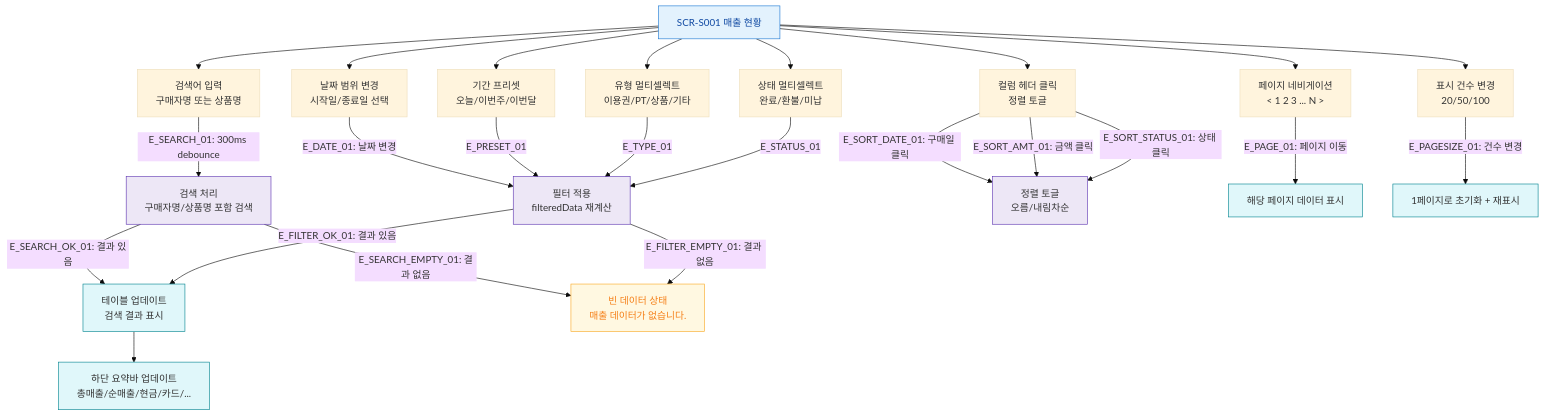
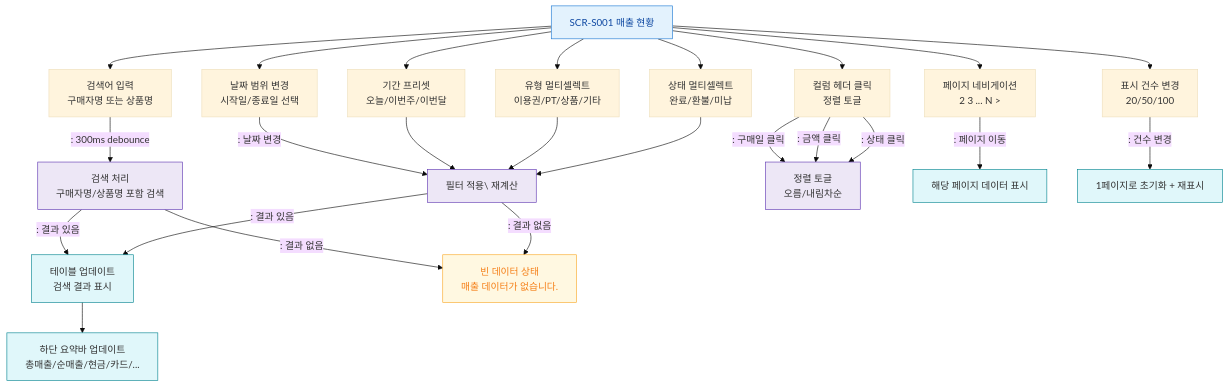
Before and after one commit to dev-spogym/admin-pando: the diagram in docs/다이어그램/D03_매출관리/SCR-S001_매출현황/F4_필터검색.md, drawn with Mermaid (base theme). The commit also changed other lines of this file and 1660 other files, not shown here.

First line of the commit message:
다이어그램: 기획자/클라이언트 납품본으로 정리

````diff
--- a/docs/다이어그램/D03_매출관리/SCR-S001_매출현황/F4_필터검색.md
+++ b/docs/다이어그램/D03_매출관리/SCR-S001_매출현황/F4_필터검색.md
@@ -20,44 +18,44 @@
 ```mermaid
 flowchart TD
     S001[SCR-S001 매출 현황]
 
     S001 --> FILTER_DATE[날짜 범위 변경\n시작일/종료일 선택]
     S001 --> FILTER_PRESET[기간 프리셋\n오늘/이번주/이번달]
     S001 --> FILTER_TYPE[유형 멀티셀렉트\n이용권/PT/상품/기타]
     S001 --> FILTER_STATUS[상태 멀티셀렉트\n완료/환불/미납]
     S001 --> SEARCH_INPUT[검색어 입력\n구매자명 또는 상품명]
     S001 --> SORT_COL[컬럼 헤더 클릭\n정렬 토글]
-    S001 --> PAGE_NAV[페이지 네비게이션\n< 1 2 3 ... N >]
+    S001 --> PAGE_NAV[페이지 네비게이션\n 2 3 ... N >]
     S001 --> PAGE_SIZE[표시 건수 변경\n20/50/100]
 
-    FILTER_DATE -->|"E_DATE_01: 날짜 변경"| APPLY_FILTER[필터 적용\nfilteredData 재계산]
-    FILTER_PRESET -->|E_PRESET_01| APPLY_FILTER
-    FILTER_TYPE -->|E_TYPE_01| APPLY_FILTER
-    FILTER_STATUS -->|E_STATUS_01| APPLY_FILTER
+    FILTER_DATE -->|": 날짜 변경"|APPLY_FILTER[필터 적용\ 재계산]
+    FILTER_PRESET --> APPLY_FILTER
+    FILTER_TYPE --> APPLY_FILTER
+    FILTER_STATUS --> APPLY_FILTER
 
-    SEARCH_INPUT -->|"E_SEARCH_01: 300ms debounce"| SEARCH_PROC[검색 처리\n구매자명/상품명 포함 검색]
-    SEARCH_PROC -->|"E_SEARCH_OK_01: 결과 있음"| TABLE_UPDATE[테이블 업데이트\n검색 결과 표시]
-    SEARCH_PROC -->|"E_SEARCH_EMPTY_01: 결과 없음"| EMPTY[빈 데이터 상태\n매출 데이터가 없습니다.]
+    SEARCH_INPUT -->|": 300ms debounce"|SEARCH_PROC[검색 처리\n구매자명/상품명 포함 검색]
+    SEARCH_PROC -->|": 결과 있음"|TABLE_UPDATE[테이블 업데이트\n검색 결과 표시]
+    SEARCH_PROC -->|": 결과 없음"|EMPTY[빈 데이터 상태\n매출 데이터가 없습니다.]
 
-    APPLY_FILTER -->|"E_FILTER_OK_01: 결과 있음"| TABLE_UPDATE
-    APPLY_FILTER -->|"E_FILTER_EMPTY_01: 결과 없음"| EMPTY
+    APPLY_FILTER -->|": 결과 있음"|TABLE_UPDATE
+    APPLY_FILTER -->|": 결과 없음"|EMPTY
 
-    SORT_COL -->|"E_SORT_DATE_01: 구매일 클릭"| SORT_TOGGLE[정렬 토글\n오름/내림차순]
-    SORT_COL -->|"E_SORT_AMT_01: 금액 클릭"| SORT_TOGGLE
-    SORT_COL -->|"E_SORT_STATUS_01: 상태 클릭"| SORT_TOGGLE
+    SORT_COL -->|": 구매일 클릭"|SORT_TOGGLE[정렬 토글\n오름/내림차순]
+    SORT_COL -->|": 금액 클릭"|SORT_TOGGLE
+    SORT_COL -->|": 상태 클릭"|SORT_TOGGLE
 
-    PAGE_NAV -->|"E_PAGE_01: 페이지 이동"| PAGE_LOAD[해당 페이지 데이터 표시]
-    PAGE_SIZE -->|"E_PAGESIZE_01: 건수 변경"| PAGE_RESET[1페이지로 초기화 + 재표시]
+    PAGE_NAV -->|": 페이지 이동"|PAGE_LOAD[해당 페이지 데이터 표시]
+    PAGE_SIZE -->|": 건수 변경"|PAGE_RESET[1페이지로 초기화 + 재표시]
 
     TABLE_UPDATE --> SUMMARY_BAR[하단 요약바 업데이트\n총매출/순매출/현금/카드/...]
 
     classDef screen fill:#E3F2FD,stroke:#1976D2,color:#0D47A1
     classDef system fill:#EDE7F6,stroke:#5E35B2
     classDef warning fill:#FFF8E1,stroke:#F9A825,color:#F57F17
     classDef info fill:#E0F7FA,stroke:#00838F
 
     class S001 screen
     class APPLY_FILTER,SEARCH_PROC,SORT_TOGGLE system
     class EMPTY warning
     class TABLE_UPDATE,SUMMARY_BAR,PAGE_LOAD,PAGE_RESET info
 ```
````
